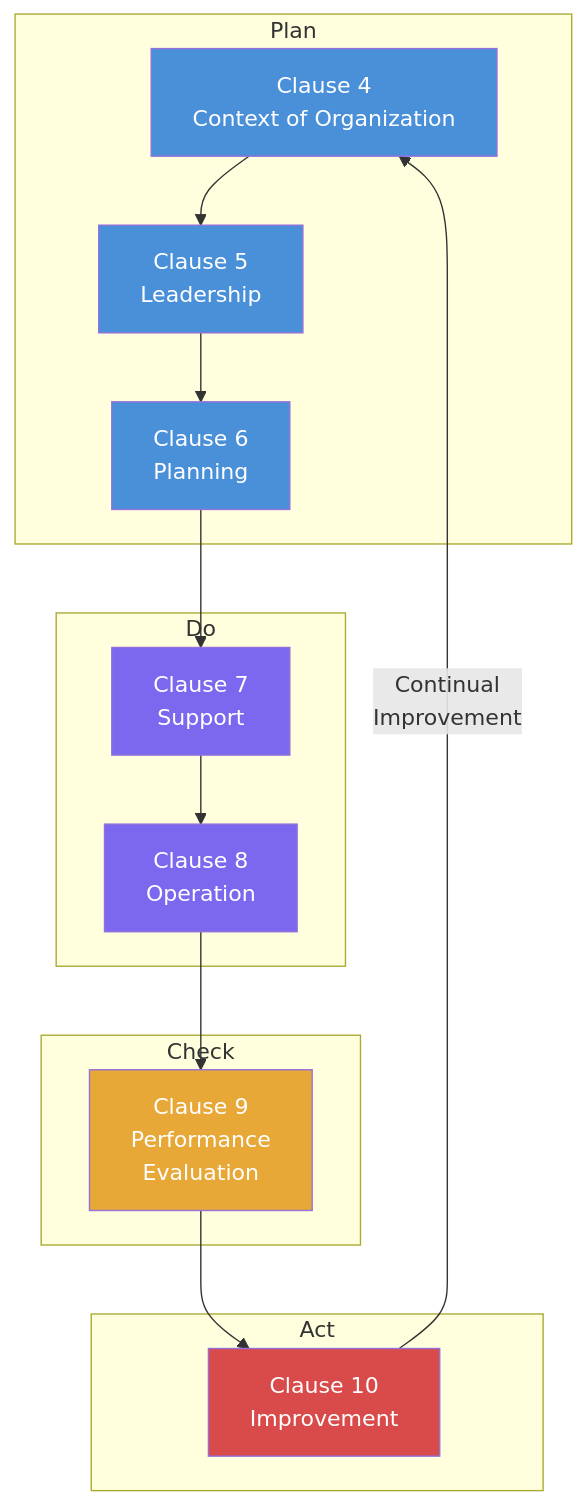
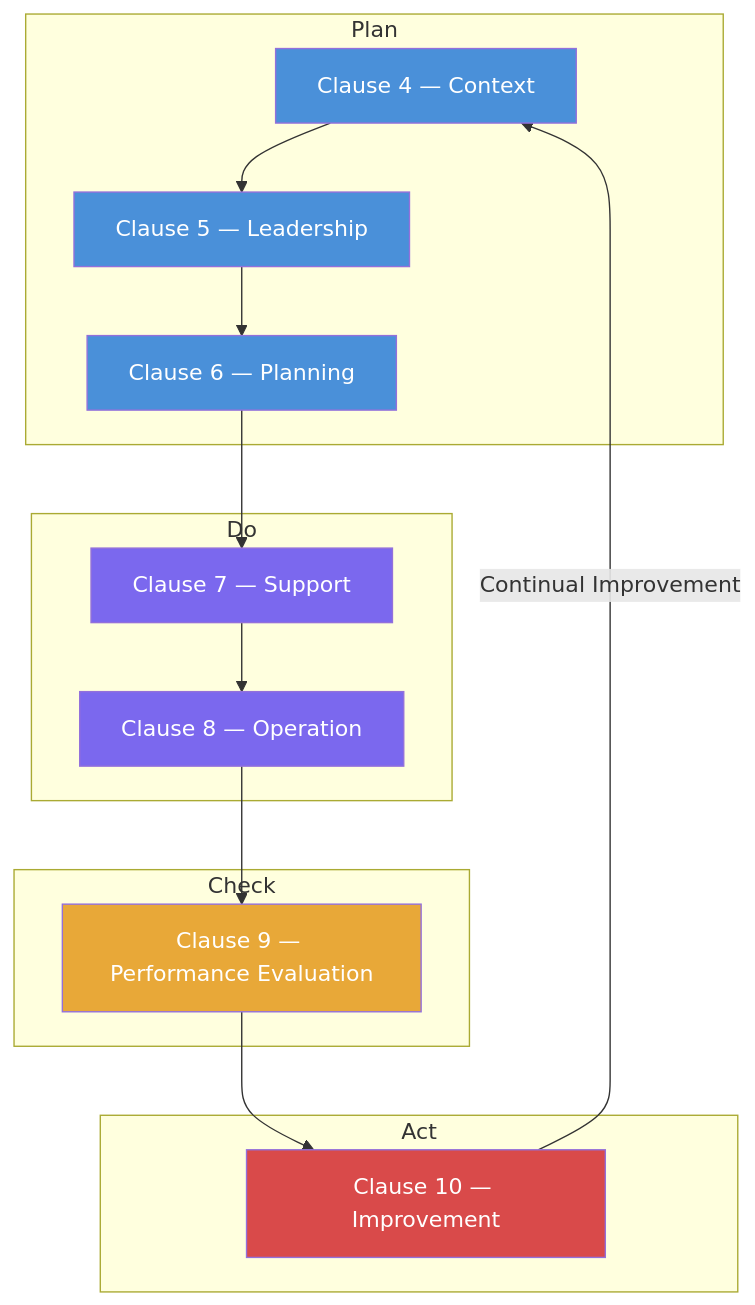
The second of 3 diagrams in docs/index.md (fwornle/iso-9001), drawn with Mermaid before and after one commit. The commit also changed other lines of this file and 41 other files, not shown here.

````diff
--- a/docs/index.md
+++ b/docs/index.md
@@ -127,27 +69,27 @@
-```mermaid
-graph TB
-    subgraph "Plan"
-        C4["Clause 4<br/>Context of Organization"]
-        C5["Clause 5<br/>Leadership"]
-        C6["Clause 6<br/>Planning"]
-    end
-    subgraph "Do"
-        C7["Clause 7<br/>Support"]
-        C8["Clause 8<br/>Operation"]
-    end
-    subgraph "Check"
-        C9["Clause 9<br/>Performance<br/>Evaluation"]
-    end
-    subgraph "Act"
-        C10["Clause 10<br/>Improvement"]
-    end
-    C4 --> C5 --> C6 --> C7 --> C8 --> C9 --> C10
-    C10 -->|Continual<br/>Improvement| C4
-    style C4 fill:#4A90D9,color:#fff
-    style C5 fill:#4A90D9,color:#fff
-    style C6 fill:#4A90D9,color:#fff
-    style C7 fill:#7B68EE,color:#fff
-    style C8 fill:#7B68EE,color:#fff
-    style C9 fill:#E8A838,color:#fff
-    style C10 fill:#D94A4A,color:#fff
-```
+    ```mermaid
+    graph TB
+        subgraph "Plan"
+            C4["Clause 4 — Context"]
+            C5["Clause 5 — Leadership"]
+            C6["Clause 6 — Planning"]
+        end
+        subgraph "Do"
+            C7["Clause 7 — Support"]
+            C8["Clause 8 — Operation"]
+        end
+        subgraph "Check"
+            C9["Clause 9 — Performance Evaluation"]
+        end
+        subgraph "Act"
+            C10["Clause 10 — Improvement"]
+        end
+        C4 --> C5 --> C6 --> C7 --> C8 --> C9 --> C10
+        C10 -->|Continual Improvement| C4
+        style C4 fill:#4A90D9,color:#fff
+        style C5 fill:#4A90D9,color:#fff
+        style C6 fill:#4A90D9,color:#fff
+        style C7 fill:#7B68EE,color:#fff
+        style C8 fill:#7B68EE,color:#fff
+        style C9 fill:#E8A838,color:#fff
+        style C10 fill:#D94A4A,color:#fff
+    ```
````
